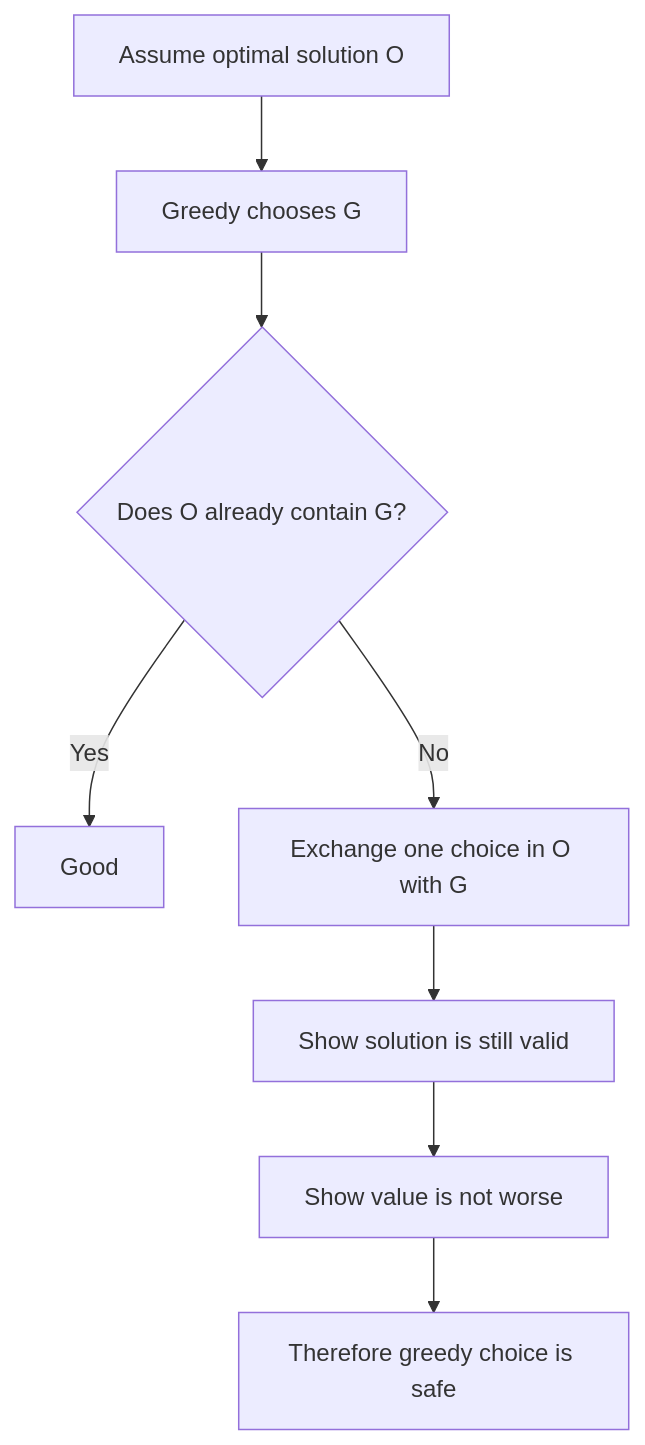
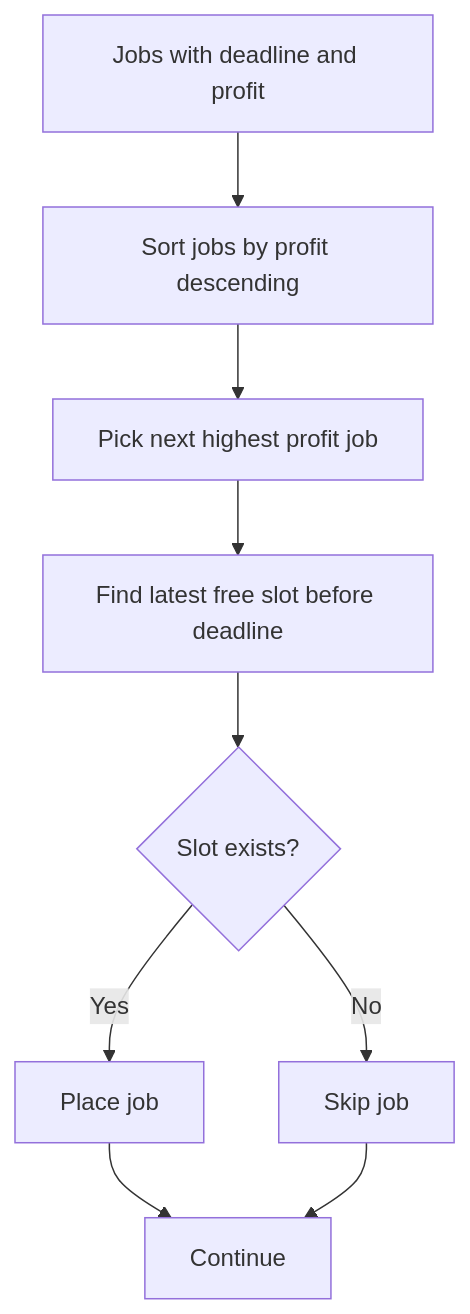
One commit to mthaiseer/springcloud-systemdesign-notes changed diagram 15 of 22 in CP_DSA_NOTES/CONCEPT_FRAMEWORK_FORMS_TATICS/010_GREEDY_CFFT.md. Above: the diagram before and after it, drawn with Mermaid. The commit also changed other lines of this file and 1 other file, not shown here.

````diff
--- a/CP_DSA_NOTES/CONCEPT_FRAMEWORK_FORMS_TATICS/010_GREEDY_CFFT.md
+++ b/CP_DSA_NOTES/CONCEPT_FRAMEWORK_FORMS_TATICS/010_GREEDY_CFFT.md
@@ -778,10 +925,11 @@
 ```mermaid
 flowchart TD
-    A[Assume optimal solution O] --> B[Greedy chooses G]
-    B --> C{Does O already contain G?}
-    C -->|Yes| D[Good]
-    C -->|No| E[Exchange one choice in O with G]
-    E --> F[Show solution is still valid]
-    F --> G[Show value is not worse]
-    G --> H[Therefore greedy choice is safe]
+    A[Jobs with deadline and profit] --> B[Sort jobs by profit descending]
+    B --> C[Pick next highest profit job]
+    C --> D[Find latest free slot before deadline]
+    D --> E{Slot exists?}
+    E -->|Yes| F[Place job]
+    E -->|No| G[Skip job]
+    F --> H[Continue]
+    G --> H
 ```
````
